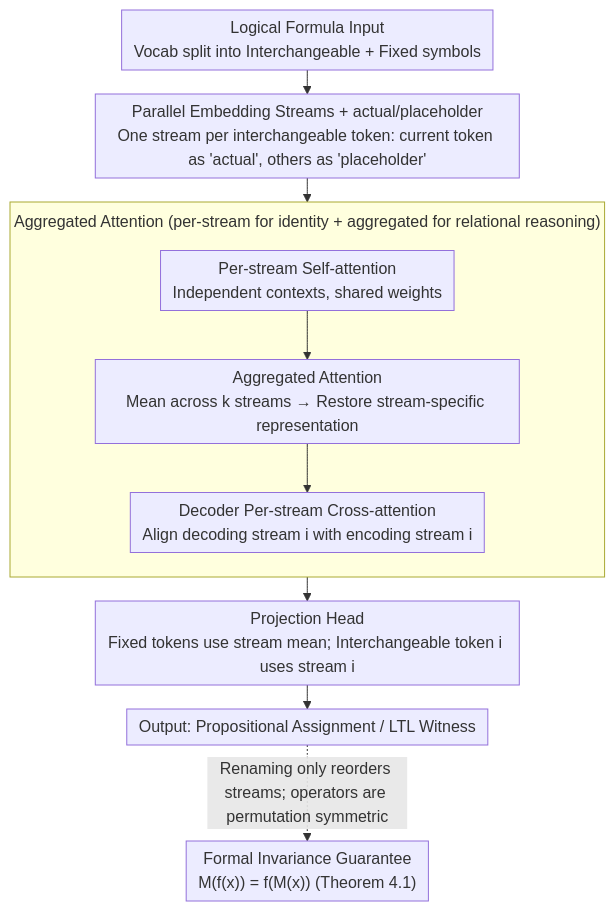
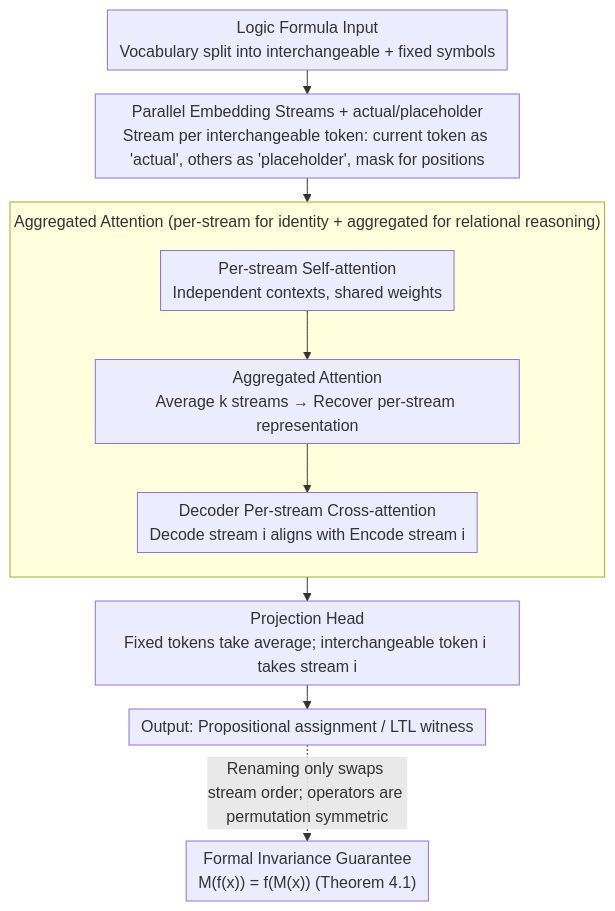
Before and after one commit to zhaoyang97/Paper-Notes-en: the diagram in docs/ICML2026/llm_pretraining/names_dont_matter_symbol-invariant_transformer_for_open-vocabulary_learning.md, drawn with Mermaid. The commit also changed other lines of this file and 5084 other files, not shown here.

````diff
--- a/docs/ICML2026/llm_pretraining/names_dont_matter_symbol-invariant_transformer_for_open-vocabulary_learning.md
+++ b/docs/ICML2026/llm_pretraining/names_dont_matter_symbol-invariant_transformer_for_open-vocabulary_learning.md
@@ -42,15 +42,15 @@
 ```mermaid
 %%{init: {'flowchart': {'rankSpacing': 24, 'nodeSpacing': 28, 'padding': 6, 'wrappingWidth': 400, 'subGraphTitleMargin': {'top': 8, 'bottom': 16}}}}%%
 flowchart TD
-    A["Logical Formula Input<br/>Vocab split into Interchangeable + Fixed symbols"] --> B
-    B["Parallel Embedding Streams + actual/placeholder<br/>One stream per interchangeable token: current token as 'actual', others as 'placeholder'"]
+    A["Logic Formula Input<br/>Vocabulary split into interchangeable + fixed symbols"] --> B
+    B["Parallel Embedding Streams + actual/placeholder<br/>Stream per interchangeable token: current token as 'actual', others as 'placeholder', mask for positions"]
     B --> S2
     subgraph S2["Aggregated Attention (per-stream for identity + aggregated for relational reasoning)"]
         direction TB
-        D["Per-stream Self-attention<br/>Independent contexts, shared weights"] --> E["Aggregated Attention<br/>Mean across k streams → Restore stream-specific representation"]
-        E --> F["Decoder Per-stream Cross-attention<br/>Align decoding stream i with encoding stream i"]
+        D["Per-stream Self-attention<br/>Independent contexts, shared weights"] --> E["Aggregated Attention<br/>Average k streams → Recover per-stream representation"]
+        E --> F["Decoder Per-stream Cross-attention<br/>Decode stream i aligns with Encode stream i"]
     end
-    S2 --> G["Projection Head<br/>Fixed tokens use stream mean; Interchangeable token i uses stream i"]
-    G --> H["Output: Propositional Assignment / LTL Witness"]
-    H -. "Renaming only reorders streams; operators are permutation symmetric" .-> I["Formal Invariance Guarantee<br/>M(f(x)) = f(M(x)) (Theorem 4.1)"]
+    S2 --> G["Projection Head<br/>Fixed tokens take average; interchangeable token i takes stream i"]
+    G --> H["Output: Propositional assignment / LTL witness"]
+    H -. "Renaming only swaps stream order; operators are permutation symmetric" .-> I["Formal Invariance Guarantee<br/>M(f(x)) = f(M(x)) (Theorem 4.1)"]
 ```
````
